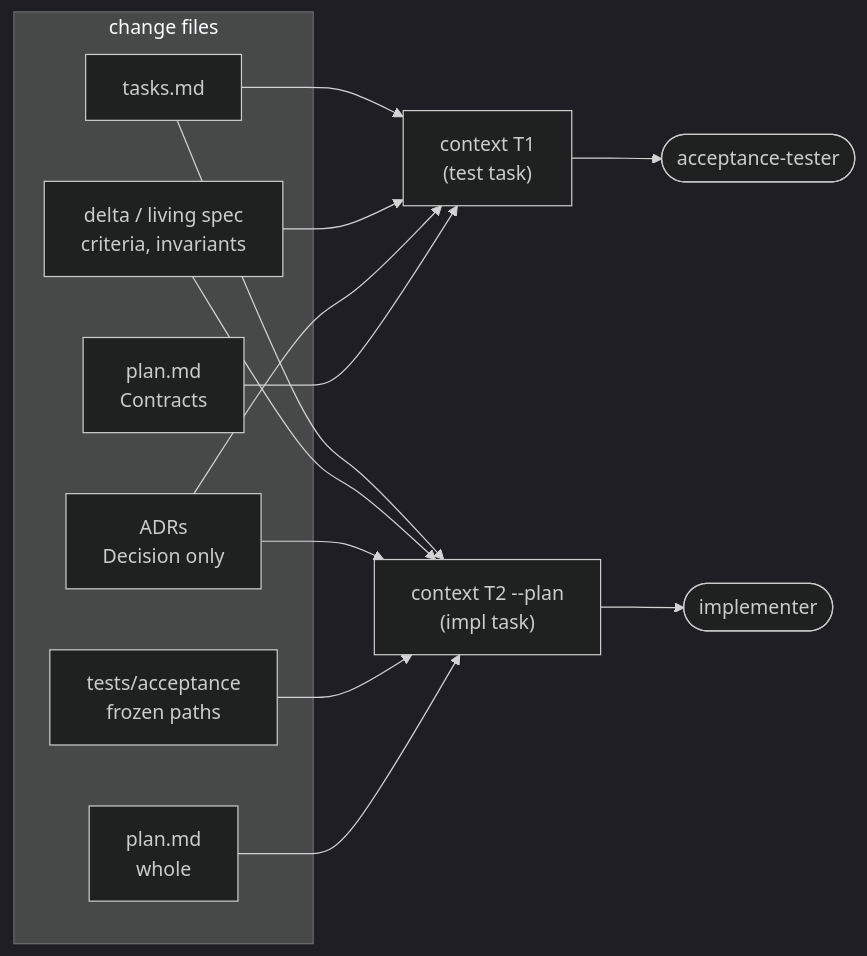
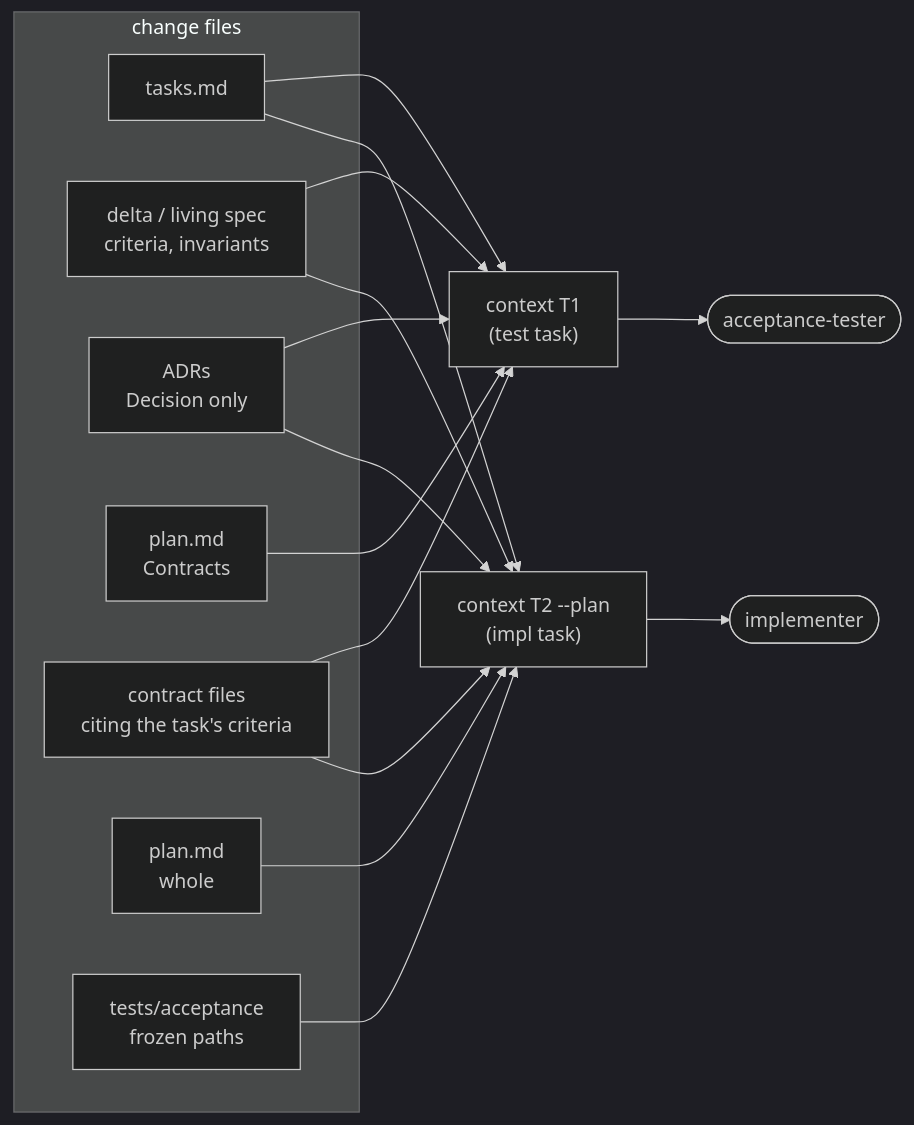
One commit to gpr/claude-plugins changed the diagram in plugins/meta/sdd/docs/explanation/context-bundles.md. Above: the diagram before and after it, drawn with Mermaid (dark theme). The commit also changed other lines of this file and 37 other files, not shown here.

````diff
--- a/plugins/meta/sdd/docs/explanation/context-bundles.md
+++ b/plugins/meta/sdd/docs/explanation/context-bundles.md
@@ -20,17 +20,19 @@
 ```mermaid
 flowchart LR
     subgraph files ["change files"]
         T[tasks.md]
         D["delta / living spec<br/>criteria, invariants"]
         AD["ADRs<br/>Decision only"]
         PC["plan.md<br/>Contracts"]
+        CF["contract files<br/>citing the task's criteria"]
         PF["plan.md<br/>whole"]
         FZ["tests/acceptance<br/>frozen paths"]
     end
     T & D & AD --> CT["context T1<br/>(test task)"]
-    PC --> CT
+    PC & CF --> CT
+    CF --> CI
     T & D & AD --> CI["context T2 --plan<br/>(impl task)"]
     FZ & PF --> CI
     CT --> ATS([acceptance-tester])
     CI --> IMP([implementer])
 ```
````
